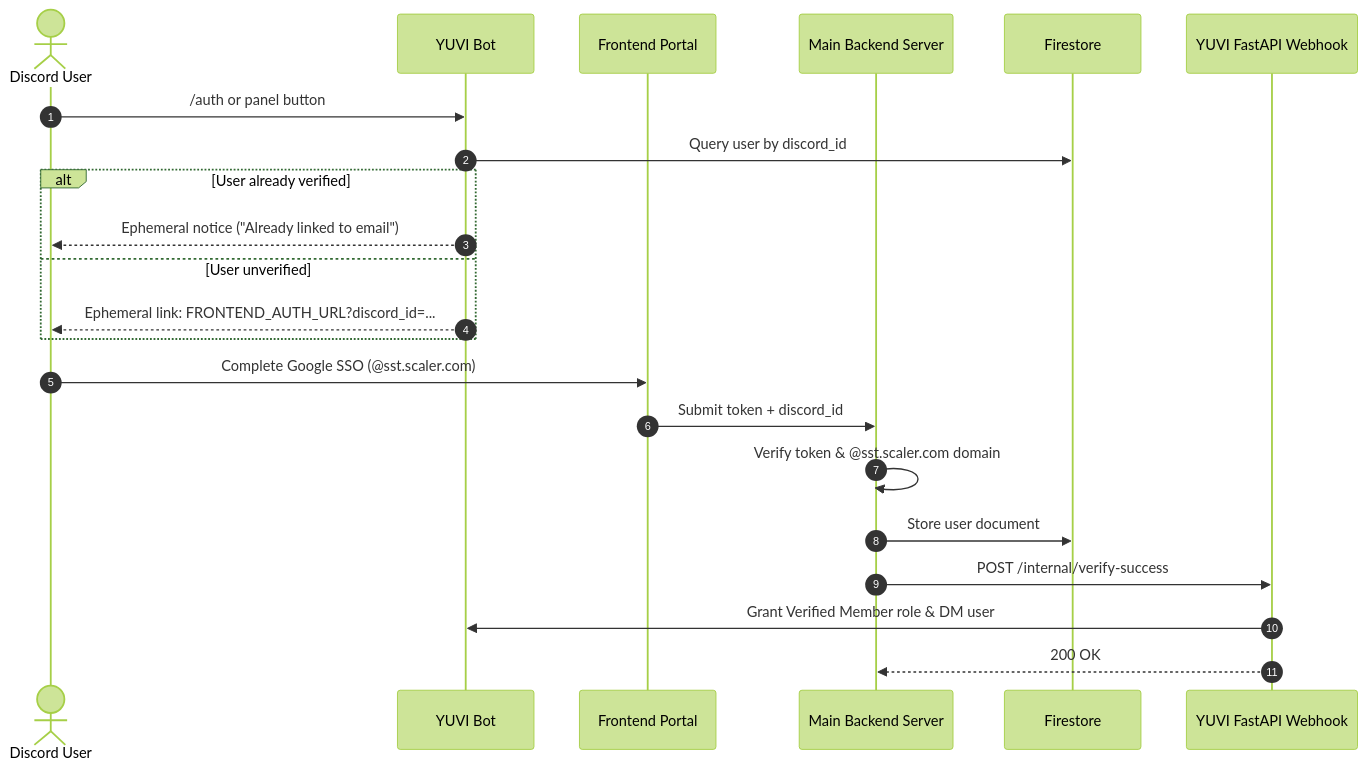
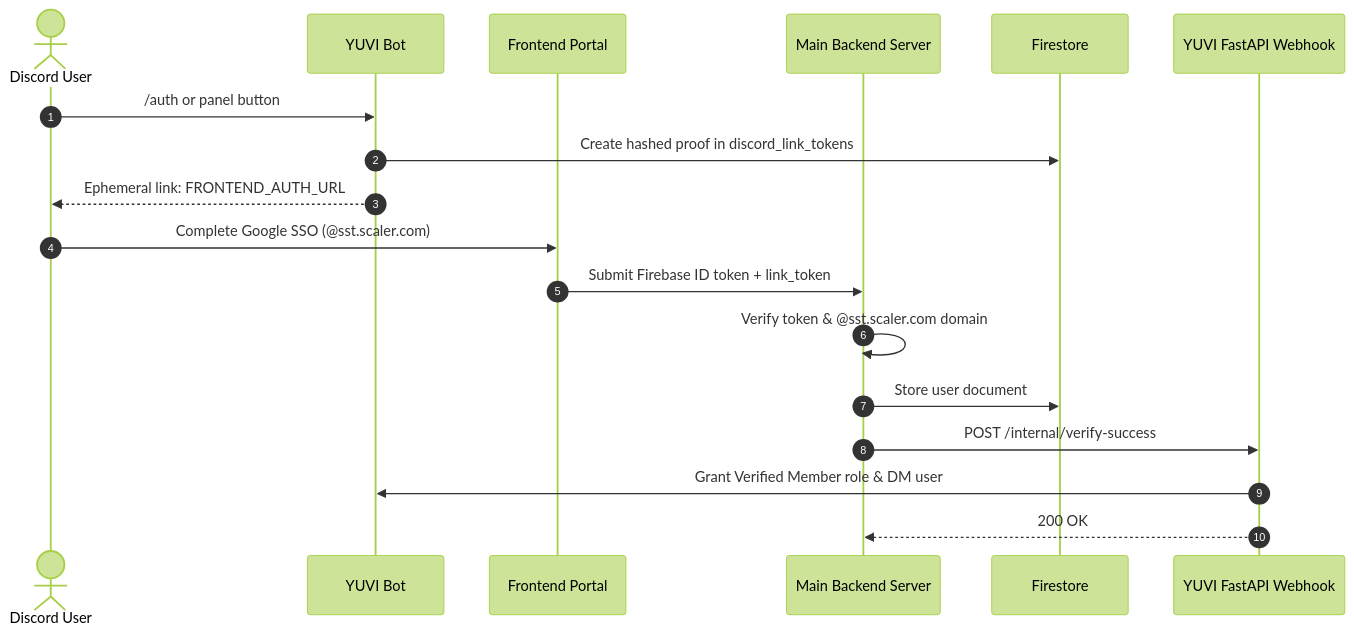
The diagram in README.md (Kr0issant/YUVI), drawn with Mermaid (forest theme) before and after one commit. The commit also changed other lines of this file and 7 other files, not shown here.

````diff
--- a/README.md
+++ b/README.md
@@ -50,26 +50,22 @@
 ```mermaid
 sequenceDiagram
     autonumber
     actor User as Discord User
     participant Bot as YUVI Bot
     participant Web as Frontend Portal
     participant API as Main Backend Server
     participant DB as Firestore
     participant Server as YUVI FastAPI Webhook
 
     User->>Bot: /auth or panel button
-    Bot->>DB: Query user by discord_id
-    alt User already verified
-        Bot-->>User: Ephemeral notice ("Already linked to email")
-    else User unverified
-        Bot-->>User: Ephemeral link: FRONTEND_AUTH_URL?discord_id=...
-    end
+    Bot->>DB: Create hashed proof in discord_link_tokens
+    Bot-->>User: Ephemeral link: FRONTEND_AUTH_URL#link_token=...
 
     User->>Web: Complete Google SSO (@sst.scaler.com)
-    Web->>API: Submit token + discord_id
+    Web->>API: Submit Firebase ID token + link_token
     API->>API: Verify token & @sst.scaler.com domain
     API->>DB: Store user document
     API->>Server: POST /internal/verify-success
     Server->>Bot: Grant Verified Member role & DM user
     Server-->>API: 200 OK
 ```
````
